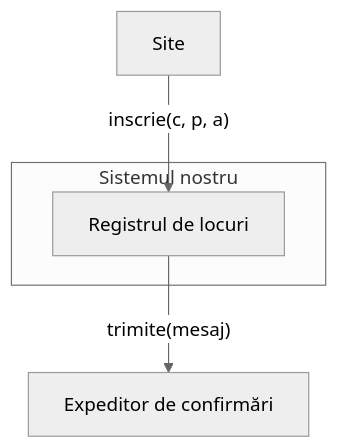
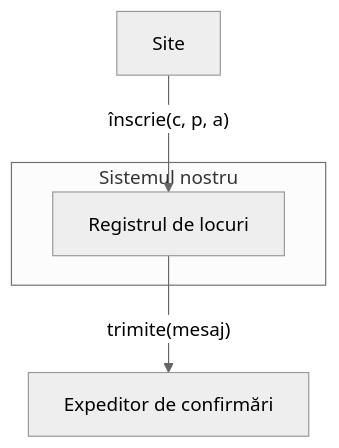
Before and after one commit to traiansf/traiansf.github.io: the diagram in class/amss-2026/curs/08-interactiuni.md, drawn with Mermaid (neutral theme). The commit also changed other lines of this file and 49 other files, not shown here.

````diff
--- a/class/amss-2026/curs/08-interactiuni.md
+++ b/class/amss-2026/curs/08-interactiuni.md
@@ -147,8 +147,8 @@
 ```mermaid
 flowchart TB
-  S[Site] -->|"inscrie(c, p, a)"| R[Registrul de locuri]
+  S[Site] -->|"înscrie(c, p, a)"| R[Registrul de locuri]
   R -->|"trimite(mesaj)"| E[Expeditor de confirmări]
   subgraph interior [Sistemul nostru]
     R
   end
 ```
````
